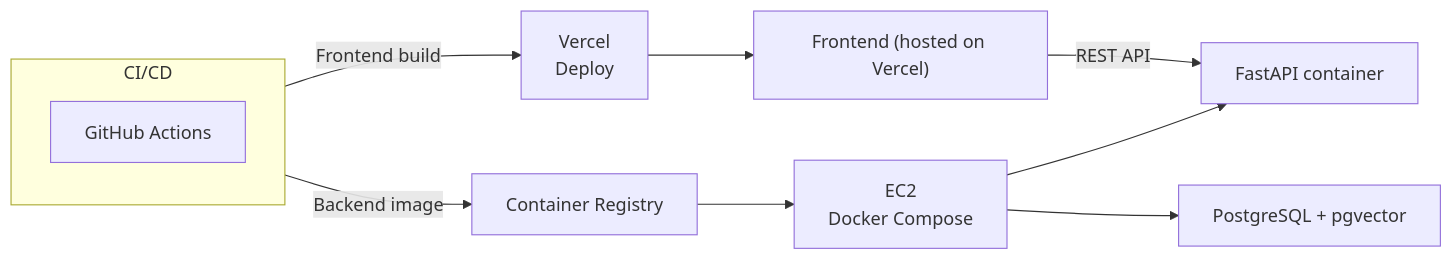
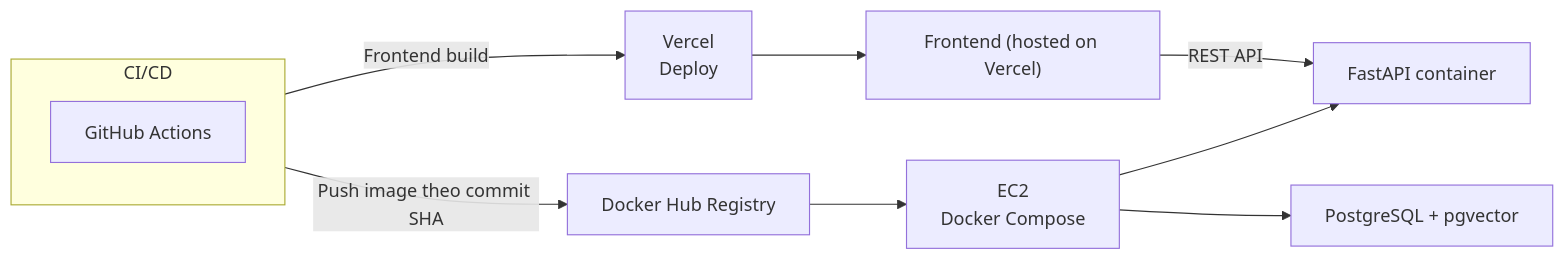
One commit to MaiVanTruong2310/T24-Build-Phase-AI-In-Action changed the third of 3 diagrams in ARCHITECTURE.md. Above: the diagram before and after it, drawn with Mermaid. The commit also changed other lines of this file and 2 other files, not shown here.

````diff
--- a/ARCHITECTURE.md
+++ b/ARCHITECTURE.md
@@ -149,16 +149,16 @@
 ```mermaid
 flowchart LR
     subgraph CI["CI/CD"]
         direction TB
         GHA["GitHub Actions<br/>"]
     end
 
-    GHA -->|"Backend image"| REG["Container Registry"]
+    GHA -->|"Push image theo commit SHA"| REG["Docker Hub Registry"]
     REG --> EC2["EC2<br/>Docker Compose"]
     EC2 --> API["FastAPI container"]
     EC2 --> PG["PostgreSQL + pgvector"]
 
     GHA -->|"Frontend build"| VC["Vercel<br/>Deploy"]
     VC --> FE["Frontend (hosted on Vercel)"]
     FE -->|"REST API"| API
 ```
````
